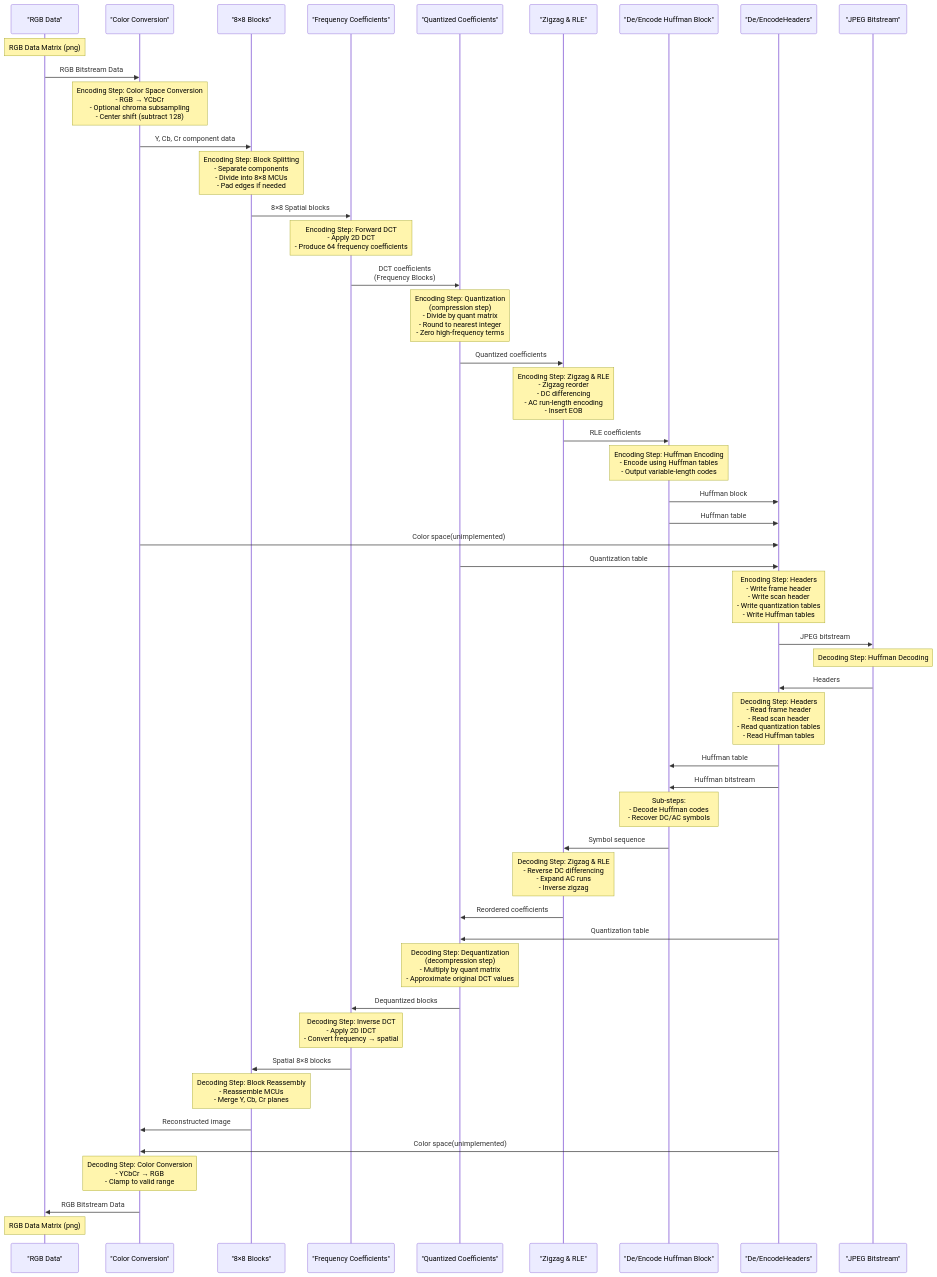
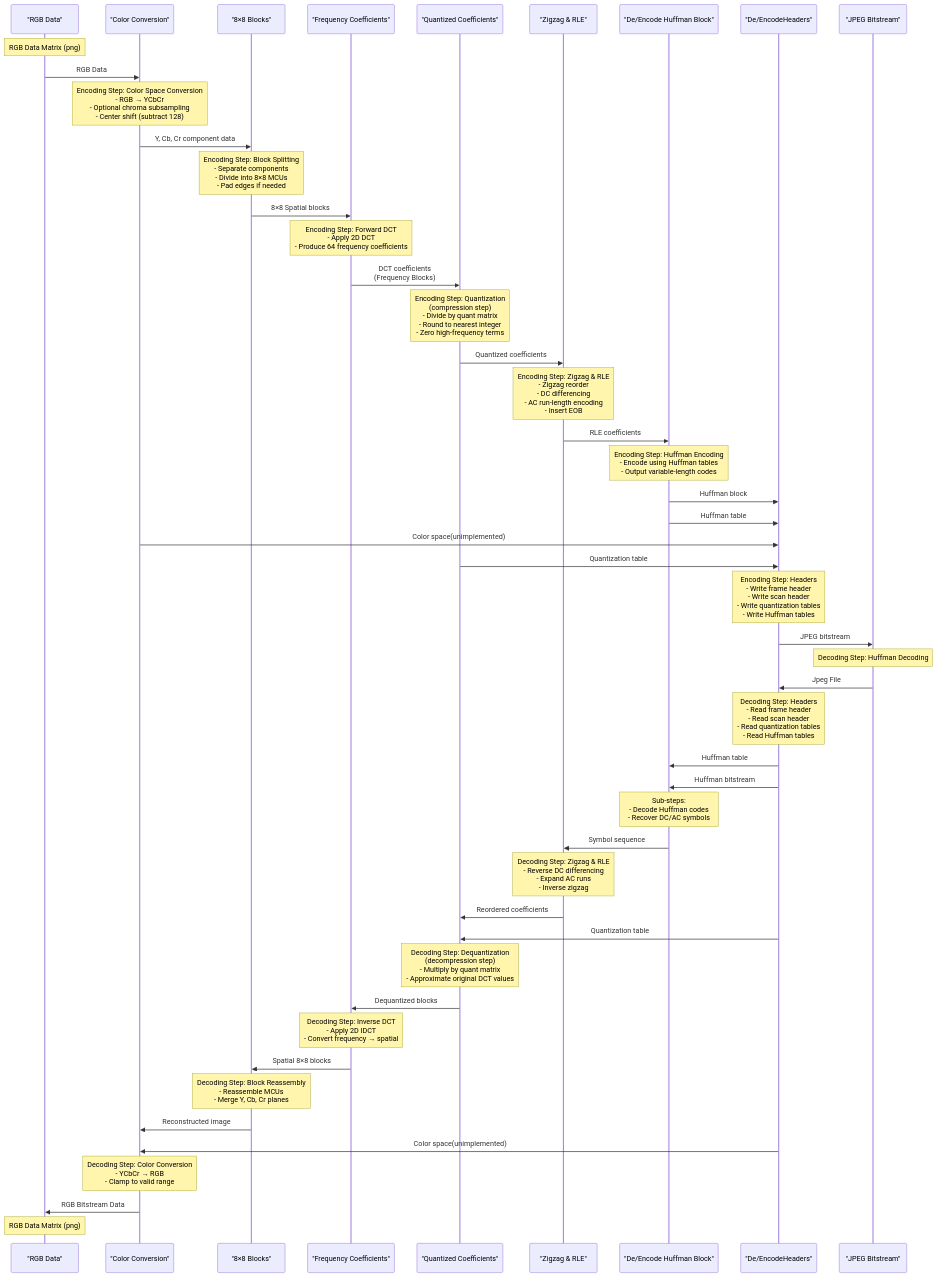
One commit to jessebeard/Ollie changed the diagram in README.md. Above: the diagram before and after it, drawn with Mermaid. The commit also changed 29 other files, not shown here.

````diff
--- a/README.md
+++ b/README.md
@@ -66,74 +66,74 @@
 ```mermaid
 sequenceDiagram
     participant RGB as "RGB Data"
     participant Color as "Color Conversion"
     participant Blocks as "8×8 Blocks"
     participant Frequency as "Frequency Coefficients"
     participant Quantized as "Quantized Coefficients"
     participant ZigzagRLE as "Zigzag & RLE"
     participant Huffman as "De/Encode Huffman Block"
     participant Headers as "De/EncodeHeaders"
     participant Bitstream as "JPEG Bitstream"
 
     %% ---------------- ENCODING ----------------
 
     Note over RGB: RGB Data Matrix (png)
-    RGB->>Color: RGB Bitstream Data
+    RGB->>Color: RGB Data
 
     Note over Color: Encoding Step: Color Space Conversion<br>- RGB → YCbCr<br>- Optional chroma subsampling<br>- Center shift (subtract 128)
     Color->>Blocks: Y, Cb, Cr component data
 
     Note over Blocks: Encoding Step: Block Splitting<br>- Separate components<br>- Divide into 8×8 MCUs<br>- Pad edges if needed
     Blocks->>Frequency: 8×8 Spatial blocks
 
     Note over Frequency: Encoding Step: Forward DCT<br>- Apply 2D DCT<br>- Produce 64 frequency coefficients
     Frequency->>Quantized: DCT coefficients<br>(Frequency Blocks)
 
     Note over Quantized: Encoding Step: Quantization<br>(compression step)<br>- Divide by quant matrix<br>- Round to nearest integer<br>- Zero high-frequency terms
     Quantized->>ZigzagRLE: Quantized coefficients
 
     Note over ZigzagRLE: Encoding Step: Zigzag & RLE<br>- Zigzag reorder<br>- DC differencing<br>- AC run-length encoding<br>- Insert EOB
     ZigzagRLE->>Huffman: RLE coefficients
 
     Note over Huffman: Encoding Step: Huffman Encoding<br>- Encode using Huffman tables<br>- Output variable-length codes
     Huffman->>Headers: Huffman block
     Huffman->>Headers: Huffman table
     Color->>Headers: Color space(unimplemented)
     Quantized->>Headers: Quantization table
     Note over Headers: Encoding Step: Headers<br>- Write frame header<br>- Write scan header<br>- Write quantization tables<br>- Write Huffman tables
    
     Headers->>Bitstream: JPEG bitstream
 
     %% ---------------- DECODING ----------------
     Note over Bitstream: Decoding Step: Huffman Decoding
-    Bitstream->>Headers: Headers
+    Bitstream->>Headers: Jpeg File
 
     Note over Headers: Decoding Step: Headers<br>- Read frame header<br>- Read scan header<br>- Read quantization tables<br>- Read Huffman tables
     Headers->>Huffman: Huffman table
     Headers->>Huffman: Huffman bitstream
 
     Note over Huffman: Sub-steps:<br>- Decode Huffman codes<br>- Recover DC/AC symbols
     Huffman->>ZigzagRLE: Symbol sequence
 
     Note over ZigzagRLE: Decoding Step: Zigzag & RLE<br>- Reverse DC differencing<br>- Expand AC runs<br>- Inverse zigzag
     ZigzagRLE->>Quantized: Reordered coefficients
     Headers->>Quantized: Quantization table
 
     Note over Quantized: Decoding Step: Dequantization<br>(decompression step)<br>- Multiply by quant matrix<br>- Approximate original DCT values
     Quantized->>Frequency: Dequantized blocks
 
 
     Note over Frequency: Decoding Step: Inverse DCT<br>- Apply 2D IDCT<br>- Convert frequency → spatial
     Frequency->>Blocks: Spatial 8×8 blocks
 
     Note over Blocks: Decoding Step: Block Reassembly<br>- Reassemble MCUs<br>- Merge Y, Cb, Cr planes
     Blocks->>Color: Reconstructed image
     Headers->>Color: Color space(unimplemented)
 
     Note over Color: Decoding Step: Color Conversion<br>- YCbCr → RGB<br>- Clamp to valid range
     Color->>RGB: RGB Bitstream Data
     Note over RGB: RGB Data Matrix (png)
 
 
 
 ```
````
